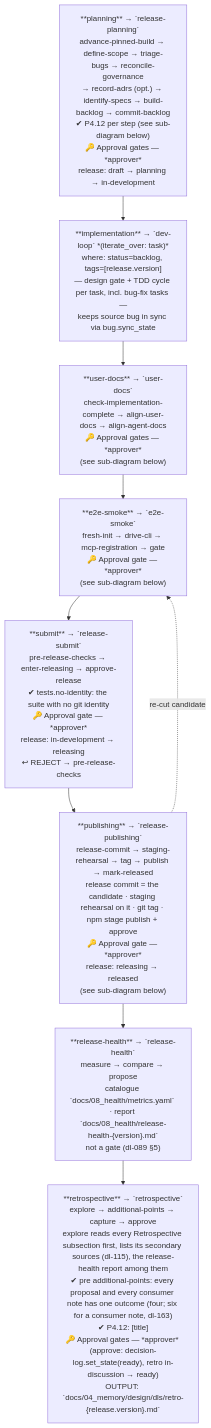
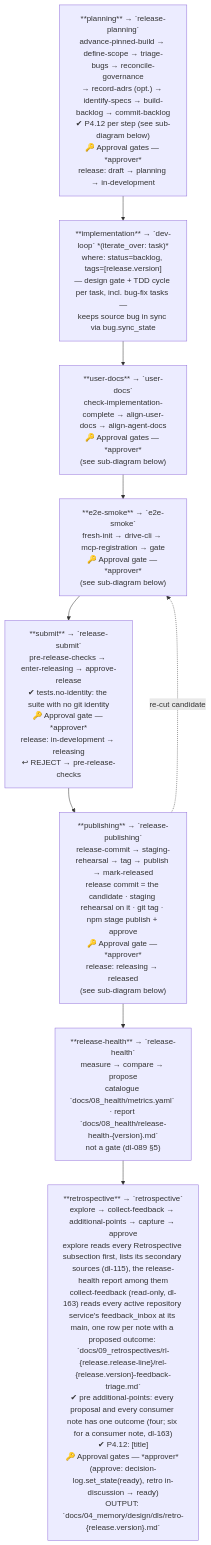
Before and after one commit to wingfoil/wingfoil: the eighth of 28 diagrams in .wingfoil/WORKFLOW.md, drawn with Mermaid. The commit also changed 1 other file, not shown here.

Commit message:
feat(workflow): task-272 — read-only collect-feedback phase in the retrospective (dl-163 S3d)
retrospective.yaml 1.5 → 1.6: collect-feedback between explore and additional-points reads every
active repository service's feedback_inbox at its main and writes the read record
docs/09_retrospectives/rl-{release.release-line}/rel-{release.version}-feedback-triage.md; explore,
additional-points and capture name the record and the ruling's destination. WORKFLOW.md's
retrospective node shows the phase.

AI-Model: claude-opus-5-5

````diff
--- a/.wingfoil/WORKFLOW.md
+++ b/.wingfoil/WORKFLOW.md
@@ -190,21 +190,21 @@
 ```mermaid
 flowchart TD
     RP["**planning** → `release-planning`\nadvance-pinned-build → define-scope → triage-bugs → reconcile-governance\n→ record-adrs (opt.) → identify-specs → build-backlog → commit-backlog\n✔ P4.12 per step (see sub-diagram below)\n🔑 Approval gates — *approver*\nrelease: draft → planning → in-development"]
 
     DL["**implementation** → `dev-loop` *(iterate_over: task)*\nwhere: status=backlog, tags=[release.version]\n— design gate + TDD cycle per task, incl. bug-fix tasks —\nkeeps source bug in sync via bug.sync_state"]
 
     UD["**user-docs** → `user-docs`\ncheck-implementation-complete → align-user-docs → align-agent-docs\n🔑 Approval gates — *approver*\n(see sub-diagram below)"]
 
     ES["**e2e-smoke** → `e2e-smoke`\nfresh-init → drive-cli → mcp-registration → gate\n🔑 Approval gate — *approver*\n(see sub-diagram below)"]
 
     RS["**submit** → `release-submit`\npre-release-checks → enter-releasing → approve-release\n✔ tests.no-identity: the suite with no git identity\n🔑 Approval gate — *approver*\nrelease: in-development → releasing\n↩ REJECT → pre-release-checks"]
 
     RP2["**publishing** → `release-publishing`\nrelease-commit → staging-rehearsal → tag → publish → mark-released\nrelease commit = the candidate · staging rehearsal on it · git tag · npm stage publish + approve\n🔑 Approval gate — *approver*\nrelease: releasing → released\n(see sub-diagram below)"]
 
-    RT["**retrospective** → `retrospective`\nexplore → additional-points → capture → approve\nexplore reads every Retrospective subsection first, lists its secondary sources (dl-115), the release-health report among them\n✔ pre additional-points: every proposal and every consumer note has one outcome (four; six for a consumer note, dl-163)\n✔ P4.12: [title]\n🔑 Approval gates — *approver* (approve: decision-log.set_state(ready), retro in-discussion → ready)\nOUTPUT: `docs/04_memory/design/dls/retro-{release.version}.md`"]
+    RT["**retrospective** → `retrospective`\nexplore → collect-feedback → additional-points → capture → approve\nexplore reads every Retrospective subsection first, lists its secondary sources (dl-115), the release-health report among them\ncollect-feedback (read-only, dl-163) reads every active repository service's feedback_inbox at its main, one row per note with a proposed outcome: `docs/09_retrospectives/rl-{release.release-line}/rel-{release.version}-feedback-triage.md`\n✔ pre additional-points: every proposal and every consumer note has one outcome (four; six for a consumer note, dl-163)\n✔ P4.12: [title]\n🔑 Approval gates — *approver* (approve: decision-log.set_state(ready), retro in-discussion → ready)\nOUTPUT: `docs/04_memory/design/dls/retro-{release.version}.md`"]
 
     RH["**release-health** → `release-health`\nmeasure → compare → propose\ncatalogue `docs/08_health/metrics.yaml` · report `docs/08_health/release-health-{version}.md`\nnot a gate (dl-089 §5)"]
 
     RP --> DL --> UD --> ES --> RS --> RP2 --> RH --> RT
     RP2 -.->|re-cut candidate| ES
 ```
````
